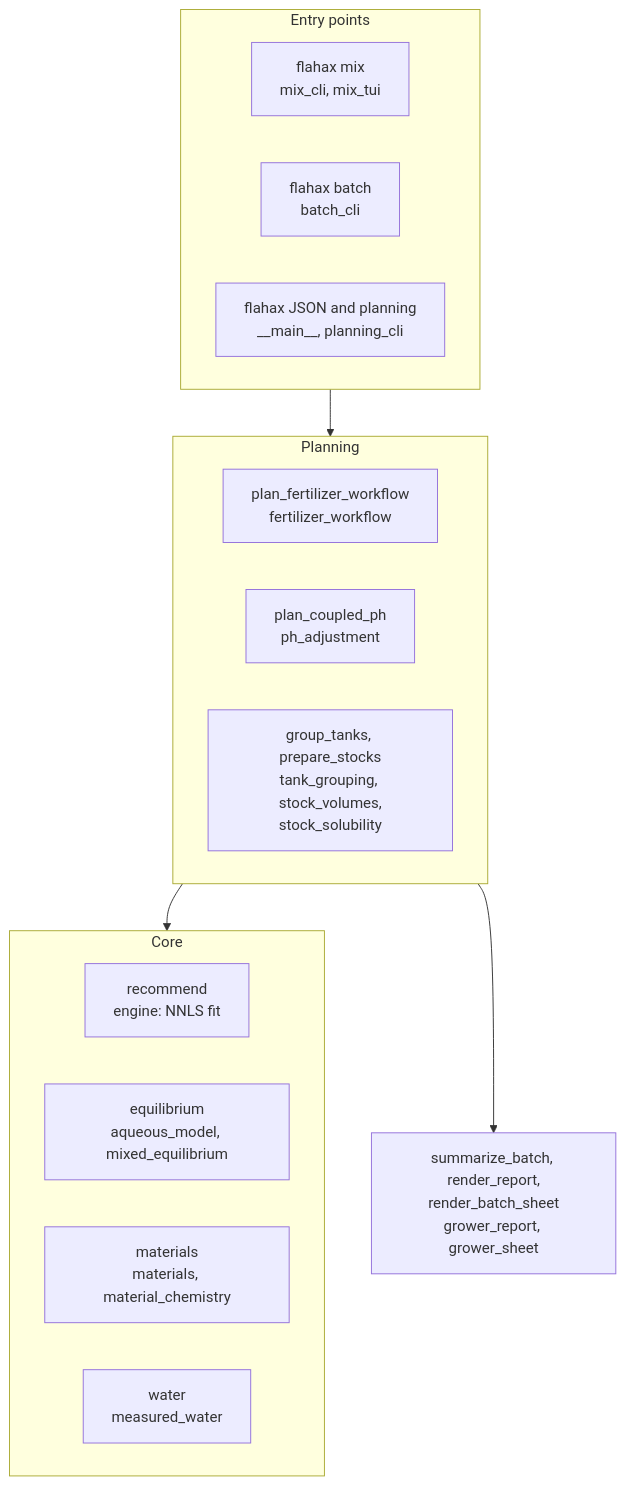
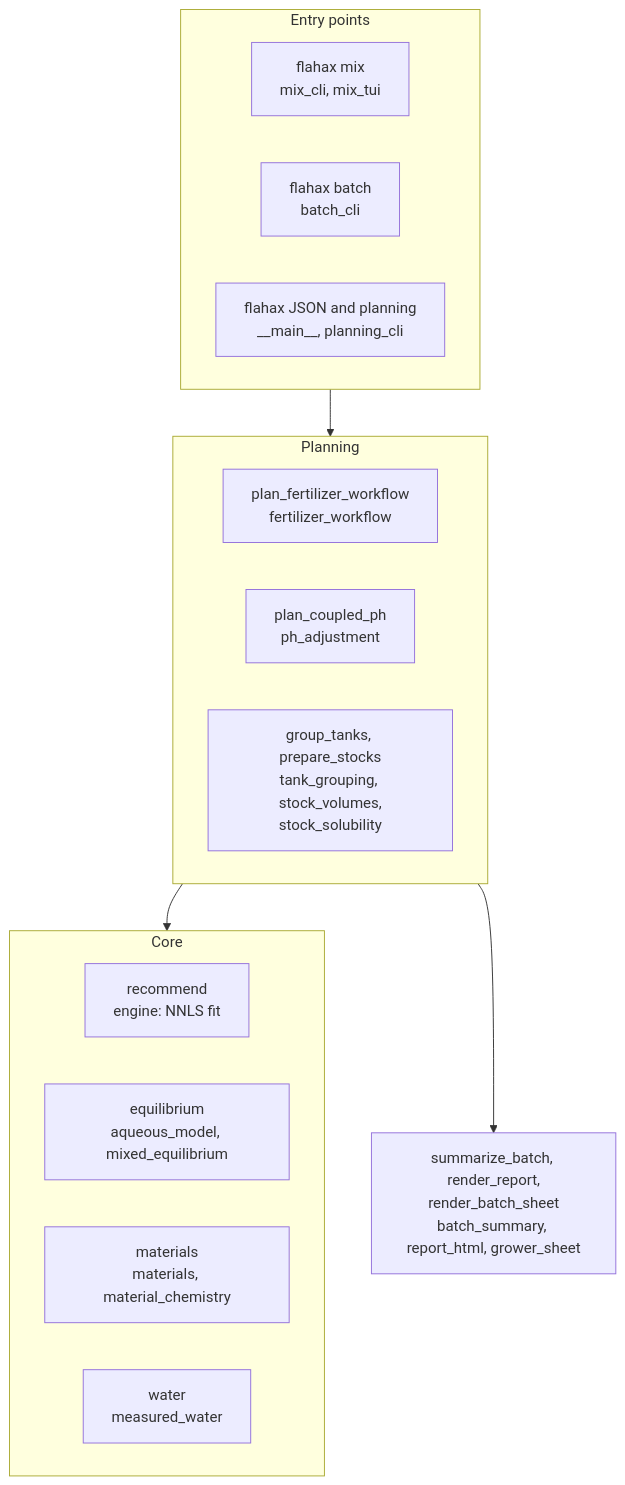
Before and after one commit to rafatahmed/Flahax: the diagram in docs/site/developer/index.md, drawn with Mermaid. The commit also changed 36 other files, not shown here.

First line of the commit message:
refactor: split grower_report into report_format, result_wording, report_html and batch_summary

````diff
--- a/docs/site/developer/index.md
+++ b/docs/site/developer/index.md
@@ -7,26 +7,26 @@
 ```{mermaid}
 ---
 caption: How the package fits together
 ---
 flowchart TB
     subgraph entry[Entry points]
         CLI1[flahax mix<br/>mix_cli, mix_tui]
         CLI2[flahax batch<br/>batch_cli]
         CLI3[flahax JSON and planning<br/>__main__, planning_cli]
     end
     subgraph plan[Planning]
         WF[plan_fertilizer_workflow<br/>fertilizer_workflow]
         PH[plan_coupled_ph<br/>ph_adjustment]
         TK[group_tanks, prepare_stocks<br/>tank_grouping, stock_volumes,<br/>stock_solubility]
     end
     subgraph core[Core]
         EN[recommend<br/>engine: NNLS fit]
         EQ[equilibrium<br/>aqueous_model, mixed_equilibrium]
         MA[materials<br/>materials, material_chemistry]
         WA[water<br/>measured_water]
     end
-    OUT[summarize_batch, render_report,<br/>render_batch_sheet<br/>grower_report, grower_sheet]
+    OUT[summarize_batch, render_report,<br/>render_batch_sheet<br/>batch_summary, report_html, grower_sheet]
     entry --> plan
     plan --> core
     plan --> OUT
 ```
````
